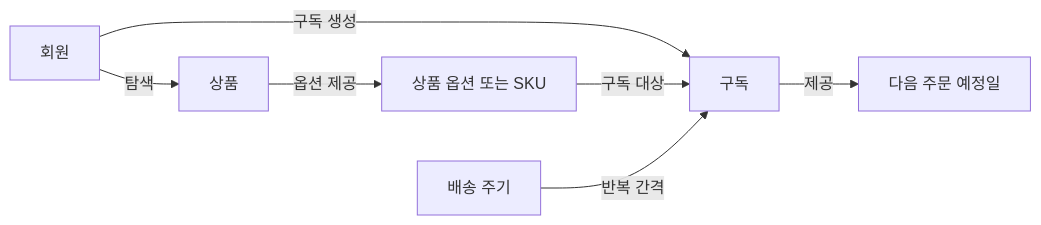
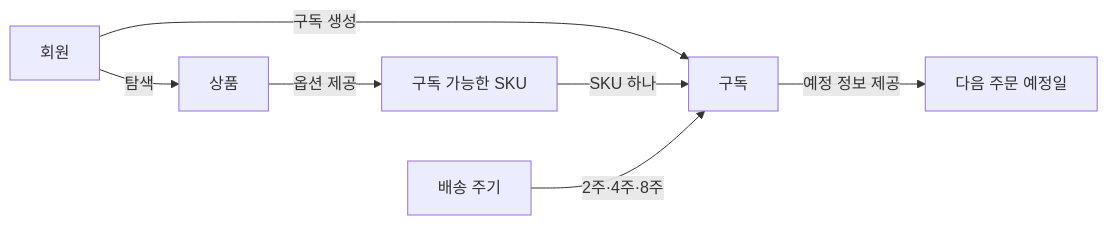
Before and after one commit to guseoh/pawcycle-commerce: the first of 2 diagrams in docs/product/diagrams/PS-001-first-mvp-flow.md, drawn with Mermaid. The commit also changed other lines of this file and 2 other files, not shown here.

````diff
--- a/docs/product/diagrams/PS-001-first-mvp-flow.md
+++ b/docs/product/diagrams/PS-001-first-mvp-flow.md
@@ -5,16 +5,16 @@
 ```mermaid
 flowchart LR
     MEMBER[회원]
     PRODUCT[상품]
-    SKU[상품 옵션 또는 SKU]
+    SKU[구독 가능한 SKU]
     SUBSCRIPTION[구독]
     CYCLE[배송 주기]
-    NEXT_DATE[다음 주문 예정일]
+    NEXT_ORDER_DATE[다음 주문 예정일]
 
     MEMBER -->|탐색| PRODUCT
     PRODUCT -->|옵션 제공| SKU
     MEMBER -->|구독 생성| SUBSCRIPTION
-    SKU -->|구독 대상| SUBSCRIPTION
-    CYCLE -->|반복 간격| SUBSCRIPTION
-    SUBSCRIPTION -->|제공| NEXT_DATE
+    SKU -->|SKU 하나| SUBSCRIPTION
+    CYCLE -->|2주·4주·8주| SUBSCRIPTION
+    SUBSCRIPTION -->|예정 정보 제공| NEXT_ORDER_DATE
 ```
````
